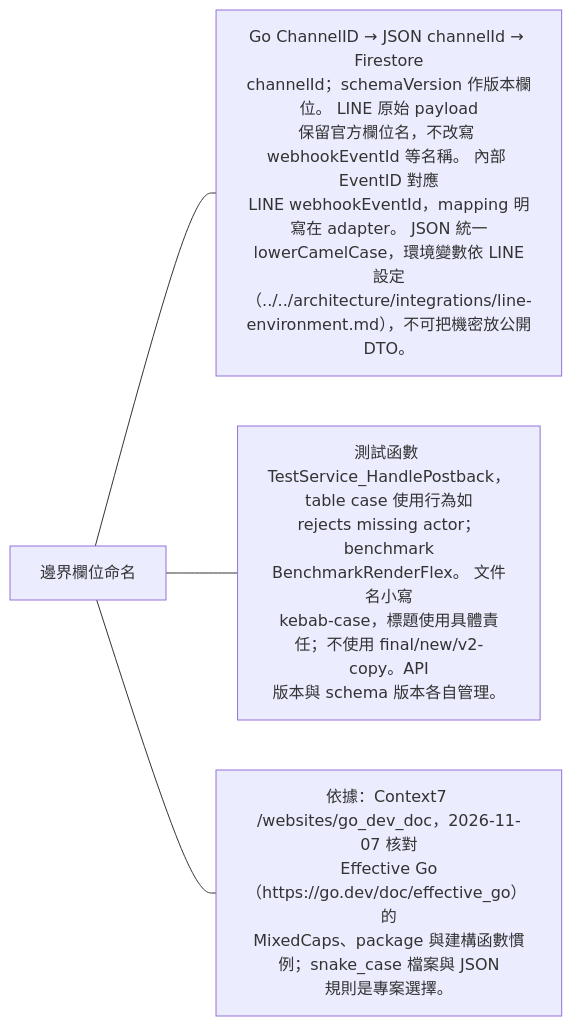
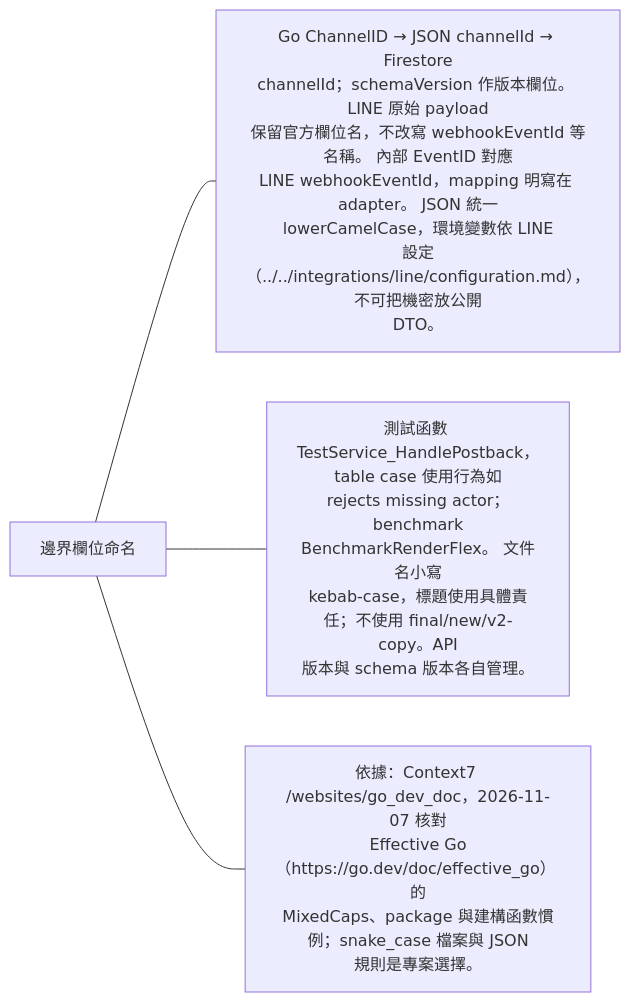
The second of 13 diagrams in docs/proposals/platform/package-layout.md (963sup/line-mini-app-bot), drawn with Mermaid before and after one commit. The commit also changed 270 other files, not shown here.

````diff
--- a/docs/proposals/platform/package-layout.md
+++ b/docs/proposals/platform/package-layout.md
@@ -21,7 +21,7 @@
 ```mermaid
 flowchart LR
   h["邊界欄位命名"]
-  h --- n0["Go ChannelID → JSON channelId → Firestore<br/>channelId；schemaVersion 作版本欄位。 LINE 原始 payload<br/>保留官方欄位名，不改寫 webhookEventId 等名稱。 內部 EventID 對應<br/>LINE webhookEventId，mapping 明寫在 adapter。 JSON 統一<br/>lowerCamelCase，環境變數依 LINE<br/>設定（../../architecture/integrations/line-environment.md），不可把機密放公開<br/>DTO。"]
+  h --- n0["Go ChannelID → JSON channelId → Firestore<br/>channelId；schemaVersion 作版本欄位。 LINE 原始 payload<br/>保留官方欄位名，不改寫 webhookEventId 等名稱。 內部 EventID 對應<br/>LINE webhookEventId，mapping 明寫在 adapter。 JSON 統一<br/>lowerCamelCase，環境變數依 LINE<br/>設定（../../integrations/line/configuration.md），不可把機密放公開<br/>DTO。"]
   h --- n1["測試函數 TestService_HandlePostback，table case 使用行為如<br/>rejects missing actor；benchmark<br/>BenchmarkRenderFlex。 文件名小寫<br/>kebab-case，標題使用具體責任；不使用 final/new/v2-copy。API<br/>版本與 schema 版本各自管理。"]
   h --- n2["依據：Context7 /websites/go_dev_doc，2026-11-07 核對<br/>Effective Go（https://go.dev/doc/effective_go） 的<br/>MixedCaps、package 與建構函數慣例；snake_case 檔案與 JSON<br/>規則是專案選擇。"]
 ```
````
